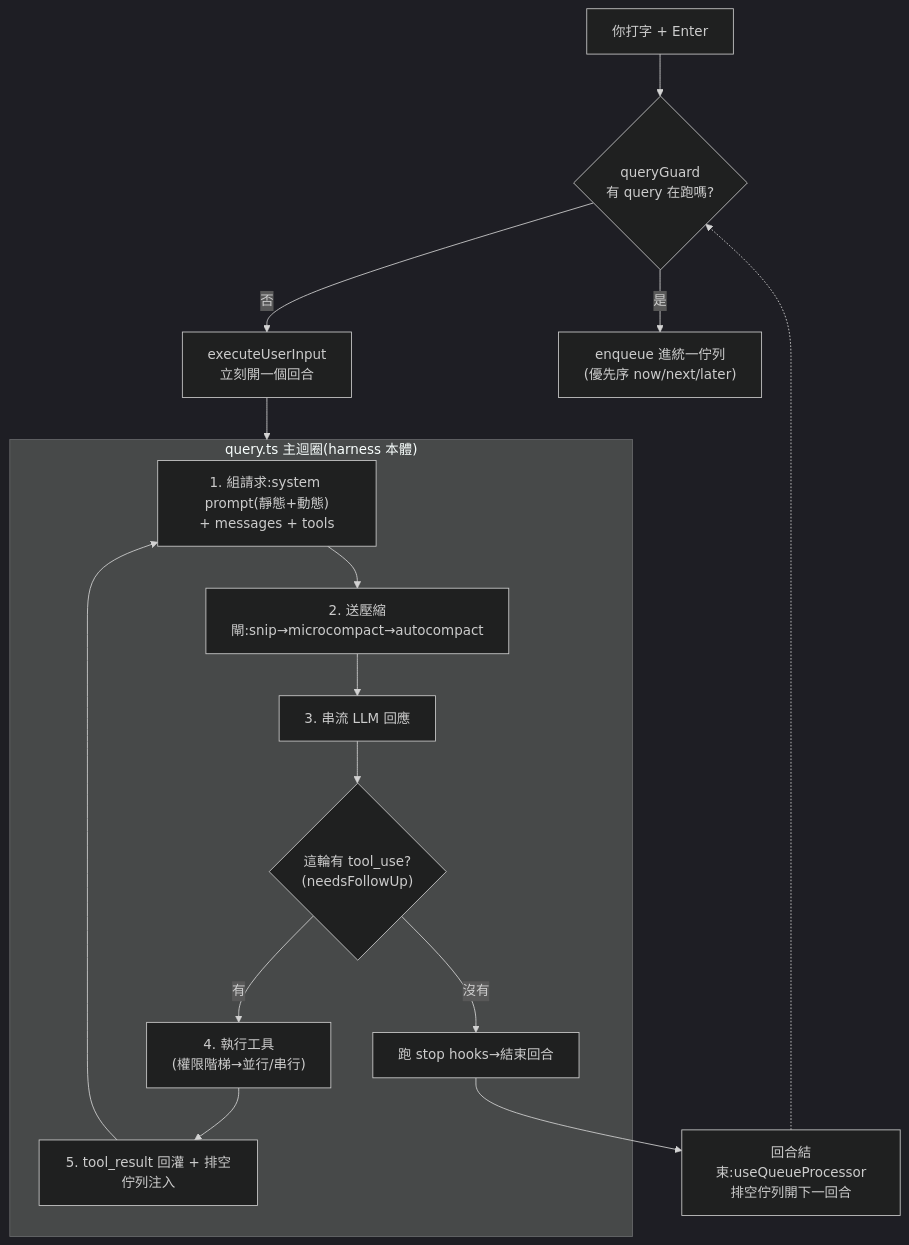
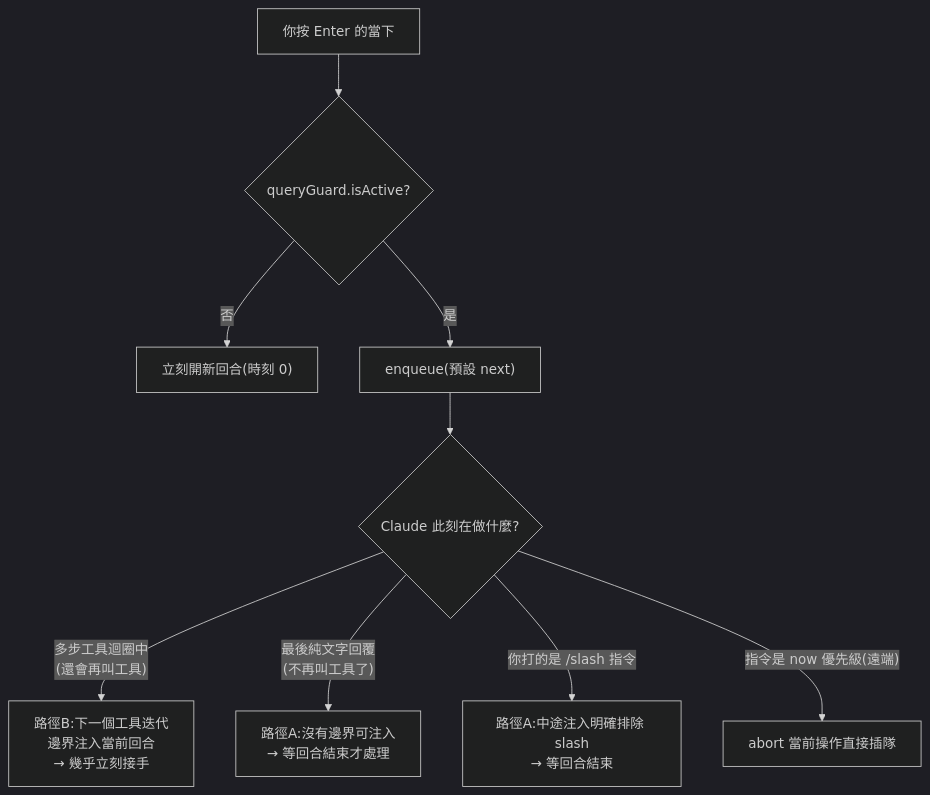
One commit to shooter2062424/Knowledge changed the third of 3 diagrams in technology/claude-code/claude-code-architecture-deep-dive.md. Above: the diagram before and after it, drawn with Mermaid (dark theme). The commit also changed other lines of this file, not shown here.

First line of the commit message:
[refactor] 重寫「Claude Code 原始碼拆解」為單一主線深度版

````diff
--- a/technology/claude-code/claude-code-architecture-deep-dive.md
+++ b/technology/claude-code/claude-code-architecture-deep-dive.md
@@ -15,18 +204,11 @@
 ```mermaid
-flowchart TB
-    U["你打字 + Enter"] --> Q{"queryGuard<br/>有 query 在跑嗎?"}
-    Q -->|否| EX["executeUserInput<br/>立刻開一個回合"]
-    Q -->|是| EN["enqueue 進統一佇列<br/>(優先序 now/next/later)"]
-    EX --> LOOP["query.ts 主迴圈"]
-    subgraph LOOP["query.ts 主迴圈(harness 本體)"]
-        A1["1. 組請求:system prompt(靜態+動態)<br/>+ messages + tools"] --> A2["2. 送壓縮閘:snip→microcompact→autocompact"]
-        A2 --> A3["3. 串流 LLM 回應"]
-        A3 --> A4{"這輪有 tool_use?<br/>(needsFollowUp)"}
-        A4 -->|有| A5["4. 執行工具<br/>(權限階梯→並行/串行)"]
-        A5 --> A6["5. tool_result 回灌 + 排空佇列注入"]
-        A6 --> A1
-        A4 -->|沒有| A7["跑 stop hooks→結束回合"]
-    end
-    A7 --> DR["回合結束:useQueueProcessor<br/>排空佇列開下一回合"]
-    DR -.-> Q
+flowchart TD
+    S["你按 Enter 的當下"] --> Q{"queryGuard.isActive?"}
+    Q -->|否| IMM["立刻開新回合(時刻 0)"]
+    Q -->|是| EN["enqueue(預設 next)"]
+    EN --> W{"Claude 此刻在做什麼?"}
+    W -->|"多步工具迴圈中<br/>(還會再叫工具)"| B["路徑B:下一個工具迭代<br/>邊界注入當前回合<br/>→ 幾乎立刻接手"]
+    W -->|"最後純文字回覆<br/>(不再叫工具了)"| A["路徑A:沒有邊界可注入<br/>→ 等回合結束才處理"]
+    W -->|"你打的是 /slash 指令"| A2["路徑A:中途注入明確排除 slash<br/>→ 等回合結束"]
+    W -->|"指令是 now 優先級(遠端)"| AB["abort 當前操作直接插隊"]
 ```
````
